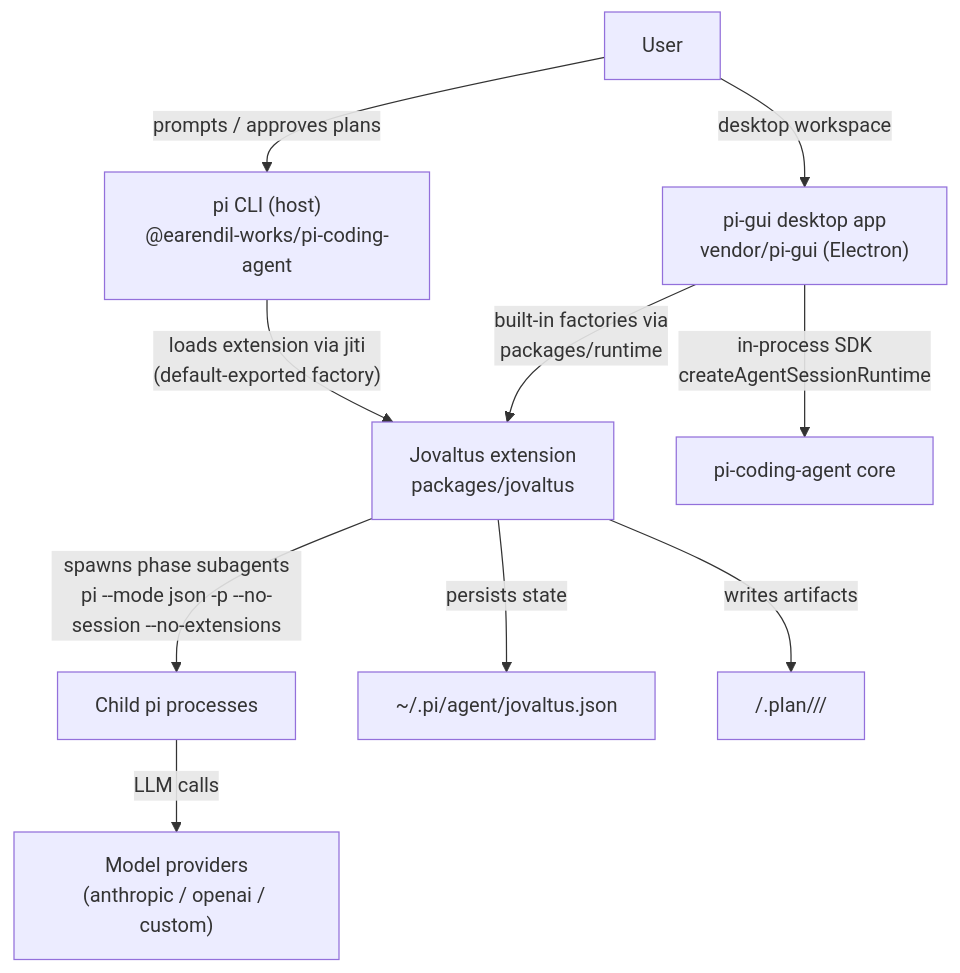
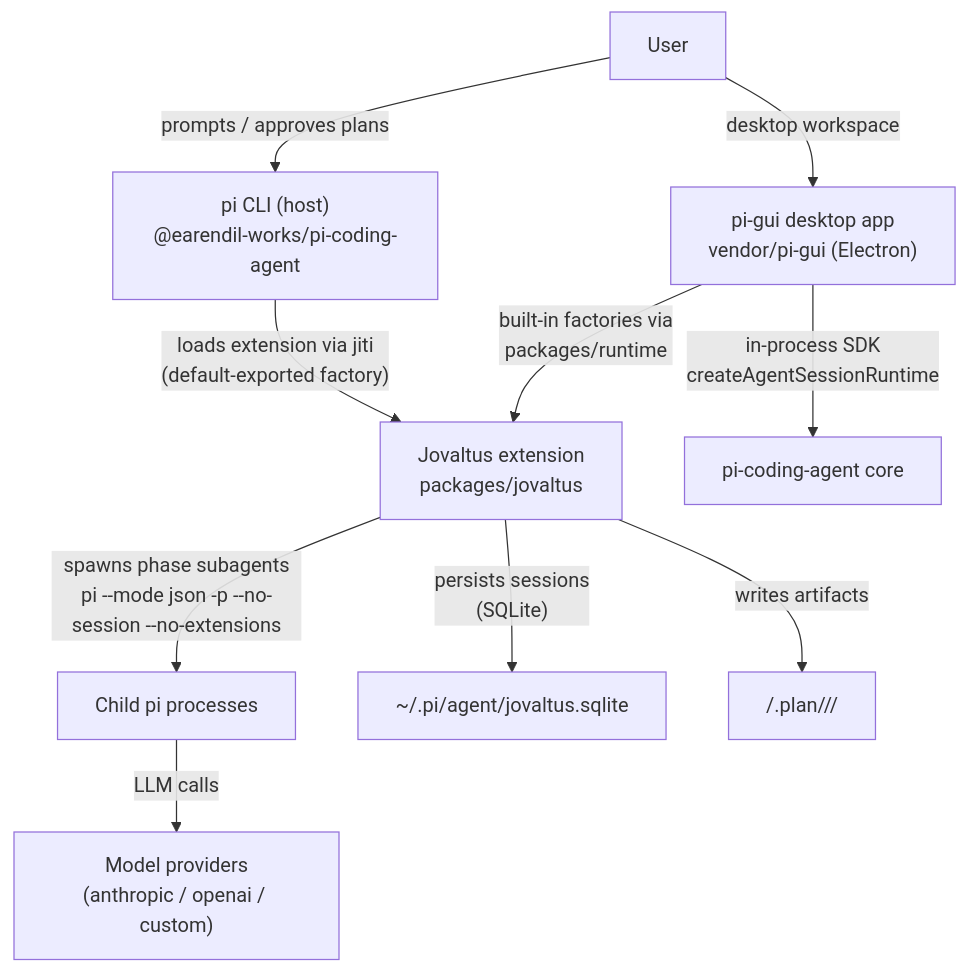
One commit to Uniterra-Solutions/cardo changed the first of 2 diagrams in docs/architecture.md. Above: the diagram before and after it, drawn with Mermaid. The commit also changed other lines of this file and 15 other files, not shown here.

First line of the commit message:
feat(jovaltus): persist pipeline sessions in SQLite with list/resume tools

````diff
--- a/docs/architecture.md
+++ b/docs/architecture.md
@@ -5,12 +5,12 @@
 ```mermaid
 graph TD
   User["User"] -->|"prompts / approves plans"| Pi["pi CLI (host)<br/>@earendil-works/pi-coding-agent"]
   User -->|"desktop workspace"| App["pi-gui desktop app<br/>vendor/pi-gui (Electron)"]
   Pi -->|"loads extension via jiti<br/>(default-exported factory)"| Jov["Jovaltus extension<br/>packages/jovaltus"]
   App -->|"built-in factories via<br/>packages/runtime"| Jov
   App -->|"in-process SDK<br/>createAgentSessionRuntime"| PiCore["pi-coding-agent core"]
   Jov -->|"spawns phase subagents<br/>pi --mode json -p --no-session --no-extensions"| Child["Child pi processes"]
   Child -->|"LLM calls"| Provider["Model providers<br/>(anthropic / openai / custom)"]
-  Jov -->|"persists state"| StateFile["~/.pi/agent/jovaltus.json"]
+  Jov -->|"persists sessions<br/>(SQLite)"| StateFile["~/.pi/agent/jovaltus.sqlite"]
   Jov -->|"writes artifacts"| PlanDir["<cwd>/.plan/<date>/<name>/"]
 ```
````
